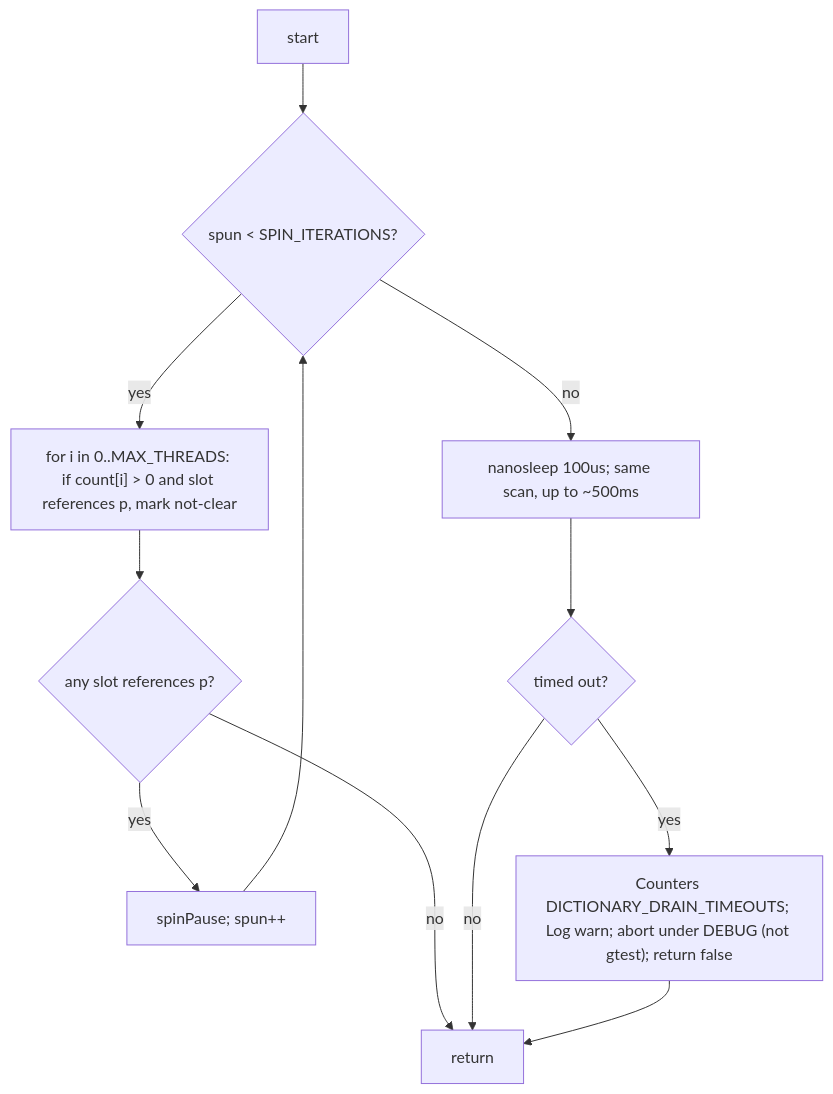
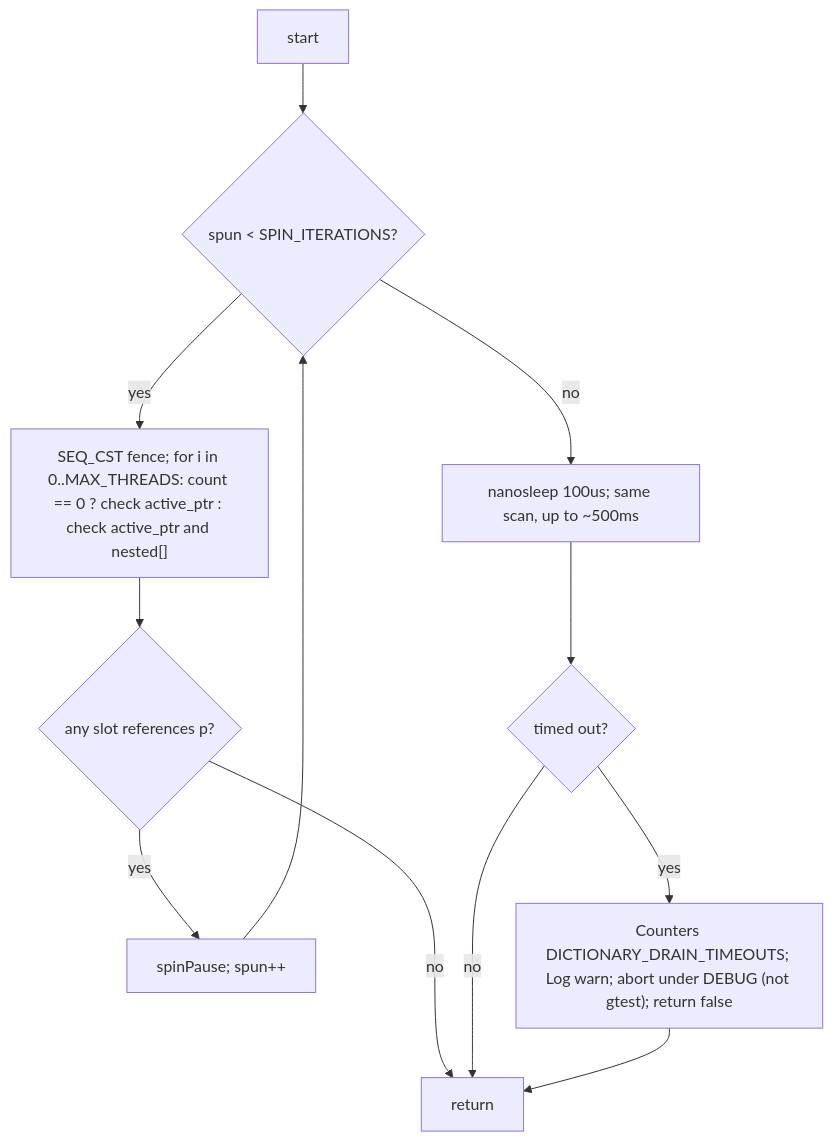
The sixth of 6 diagrams in doc/architecture/RefCountGuard.md (DataDog/java-profiler), drawn with Mermaid before and after one commit. The commit also changed other lines of this file and 16 other files, not shown here.

````diff
--- a/doc/architecture/RefCountGuard.md
+++ b/doc/architecture/RefCountGuard.md
@@ -189,14 +195,14 @@
 ```mermaid
 flowchart TD
     start[start] --> spin{"spun &lt; SPIN_ITERATIONS?"}
-    spin -->|"yes"| scan["for i in 0..MAX_THREADS: if count[i] &gt; 0 and slot references p, mark not-clear"]
+    spin -->|"yes"| scan["SEQ_CST fence; for i in 0..MAX_THREADS: count == 0 ? check active_ptr : check active_ptr and nested[]"]
     scan --> chk{"any slot references p?"}
     chk -->|"no"| done[return]
     chk -->|"yes"| pause["spinPause; spun++"]
     pause --> spin
     spin -->|"no"| sleep_loop["nanosleep 100us; same scan, up to ~500ms"]
     sleep_loop --> timeout{"timed out?"}
     timeout -->|"no"| done
     timeout -->|"yes"| warn["Counters DICTIONARY_DRAIN_TIMEOUTS; Log warn; abort under DEBUG (not gtest); return false"]
     warn --> done
 ```
````
